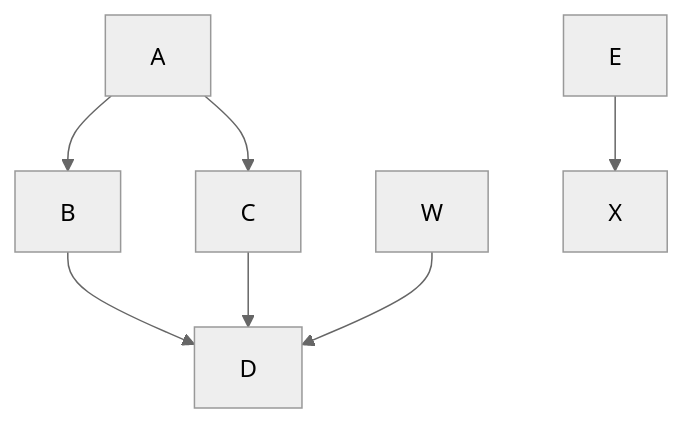
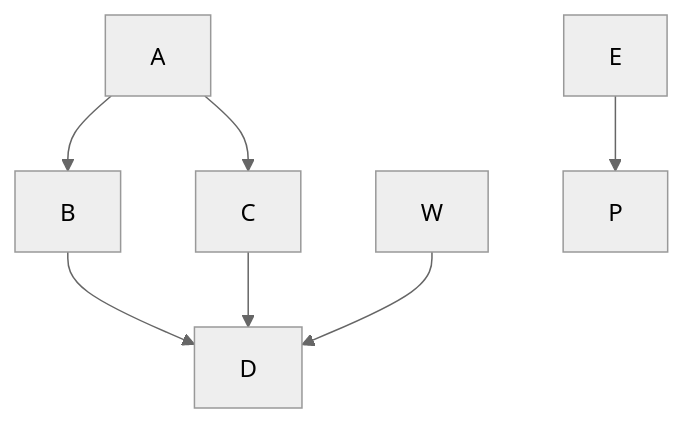
One commit to neenjaw/mermaid-markdown-test changed the first of 2 diagrams in test/flow_inline.md. Above: the diagram before and after it, drawn with Mermaid (neutral theme). The commit also changed other lines of this file, not shown here.

````diff
--- a/test/flow_inline.md
+++ b/test/flow_inline.md
@@ -7,10 +5,10 @@
 ```mermaid
 graph TD;
     A-->B;
     A-->C;
     B-->D;
     C-->D;
     W-->D;
-    E-->X;
+    E-->P;
 
 ```
````
